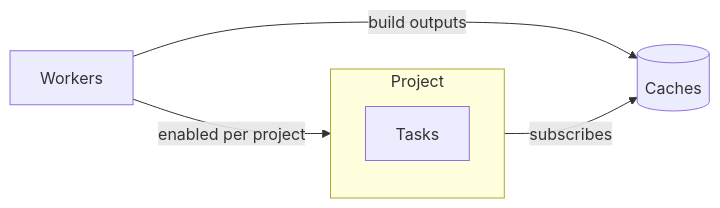
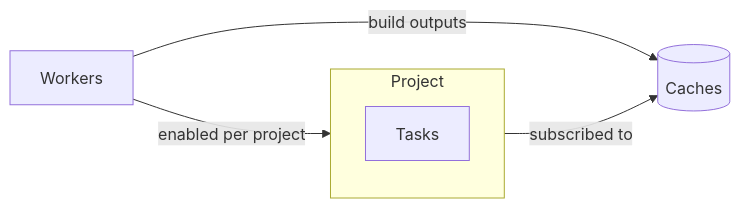
One commit to wavelens/gradient changed the diagram in docs/src/concepts/projects-and-tasks.md. Above: the diagram before and after it, drawn with Mermaid. The commit also changed other lines of this file and 70 other files, not shown here.

````diff
--- a/docs/src/concepts/projects-and-tasks.md
+++ b/docs/src/concepts/projects-and-tasks.md
@@ -5,9 +5,9 @@
 ```mermaid
 flowchart LR
     workers[Workers] -- enabled per project --> project
     subgraph project[Project]
         tasks[Tasks]
     end
-    project -- subscribes --> cache[(Caches)]
+    project -- subscribed to --> cache[(Caches)]
     workers -- build outputs --> cache
 ```
````
